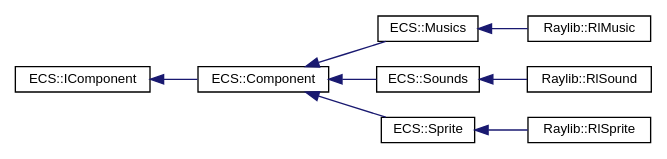
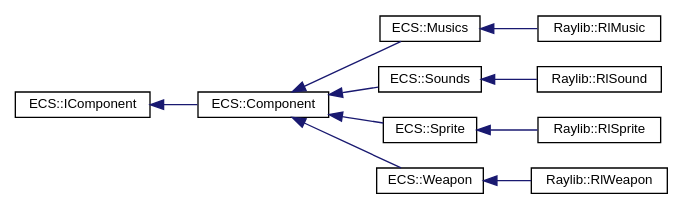
The diagram in inherit_graph_24.dot (TerryMazzoni/RTypeMirror), drawn with Graphviz before and after one commit. The commit also changed 85 other files, not shown here.

```diff
--- a/inherit_graph_24.dot
+++ b/inherit_graph_24.dot
@@ -1,22 +1,26 @@
 digraph "Graphical Class Hierarchy"
 {
  // LATEX_PDF_SIZE
   edge [fontname="Helvetica",fontsize="10",labelfontname="Helvetica",labelfontsize="10"];
   node [fontname="Helvetica",fontsize="10",shape=record];
   rankdir="LR";
   Node0 [label="ECS::IComponent",height=0.2,width=0.4,color="black", fillcolor="white", style="filled",URL="$classECS_1_1IComponent.html",tooltip=" "];
   Node0 -> Node1 [dir="back",color="midnightblue",fontsize="10",style="solid",fontname="Helvetica"];
   Node1 [label="ECS::Component",height=0.2,width=0.4,color="black", fillcolor="white", style="filled",URL="$classECS_1_1Component.html",tooltip=" "];
   Node1 -> Node2 [dir="back",color="midnightblue",fontsize="10",style="solid",fontname="Helvetica"];
   Node2 [label="ECS::Musics",height=0.2,width=0.4,color="black", fillcolor="white", style="filled",URL="$classECS_1_1Musics.html",tooltip=" "];
   Node2 -> Node3 [dir="back",color="midnightblue",fontsize="10",style="solid",fontname="Helvetica"];
   Node3 [label="Raylib::RlMusic",height=0.2,width=0.4,color="black", fillcolor="white", style="filled",URL="$classRaylib_1_1RlMusic.html",tooltip=" "];
   Node1 -> Node4 [dir="back",color="midnightblue",fontsize="10",style="solid",fontname="Helvetica"];
   Node4 [label="ECS::Sounds",height=0.2,width=0.4,color="black", fillcolor="white", style="filled",URL="$classECS_1_1Sounds.html",tooltip=" "];
   Node4 -> Node5 [dir="back",color="midnightblue",fontsize="10",style="solid",fontname="Helvetica"];
   Node5 [label="Raylib::RlSound",height=0.2,width=0.4,color="black", fillcolor="white", style="filled",URL="$classRaylib_1_1RlSound.html",tooltip=" "];
   Node1 -> Node6 [dir="back",color="midnightblue",fontsize="10",style="solid",fontname="Helvetica"];
   Node6 [label="ECS::Sprite",height=0.2,width=0.4,color="black", fillcolor="white", style="filled",URL="$classECS_1_1Sprite.html",tooltip=" "];
   Node6 -> Node7 [dir="back",color="midnightblue",fontsize="10",style="solid",fontname="Helvetica"];
   Node7 [label="Raylib::RlSprite",height=0.2,width=0.4,color="black", fillcolor="white", style="filled",URL="$classRaylib_1_1RlSprite.html",tooltip=" "];
+  Node1 -> Node8 [dir="back",color="midnightblue",fontsize="10",style="solid",fontname="Helvetica"];
+  Node8 [label="ECS::Weapon",height=0.2,width=0.4,color="black", fillcolor="white", style="filled",URL="$classECS_1_1Weapon.html",tooltip=" "];
+  Node8 -> Node9 [dir="back",color="midnightblue",fontsize="10",style="solid",fontname="Helvetica"];
+  Node9 [label="Raylib::RlWeapon",height=0.2,width=0.4,color="black", fillcolor="white", style="filled",URL="$classRaylib_1_1RlWeapon.html",tooltip=" "];
 }
```
